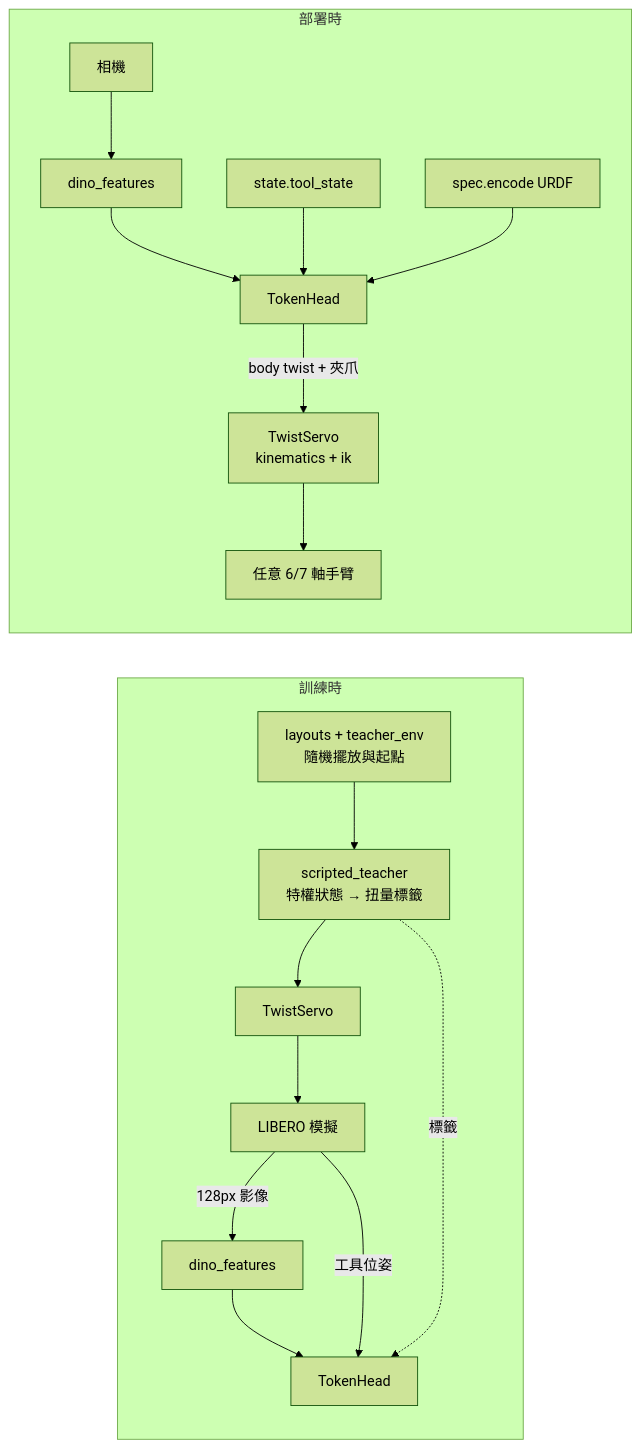
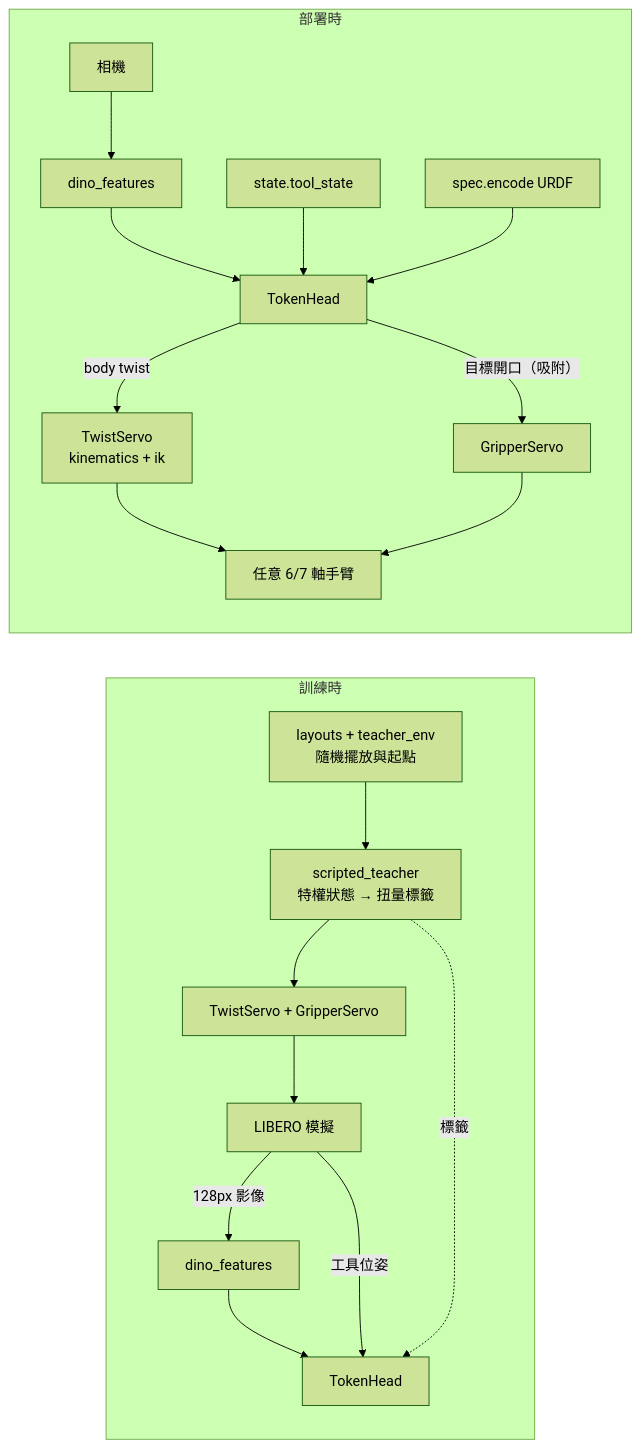
Before and after one commit to davechendatascience/embodied-ai: the diagram in docs/screwhead_explained_zh-TW.md, drawn with Mermaid (forest theme). The commit also changed other lines of this file and 3 other files, not shown here.

````diff
--- a/docs/screwhead_explained_zh-TW.md
+++ b/docs/screwhead_explained_zh-TW.md
@@ -151,18 +152,20 @@
 ```mermaid
 flowchart LR
   subgraph 訓練時
     R[layouts + teacher_env<br/>隨機擺放與起點] --> T[scripted_teacher<br/>特權狀態 → 扭量標籤]
-    T --> SV1[TwistServo] --> SIM1[LIBERO 模擬]
+    T --> SV1[TwistServo + GripperServo] --> SIM1[LIBERO 模擬]
     SIM1 -->|128px 影像| D[dino_features]
     D --> H[TokenHead]
     SIM1 -->|工具位姿| H
     T -.標籤.-> H
   end
   subgraph 部署時
     CAM[相機] --> D2[dino_features] --> H2[TokenHead]
     ST[state.tool_state] --> H2
     SP[spec.encode URDF] --> H2
-    H2 -->|body twist + 夾爪| SV2[TwistServo<br/>kinematics + ik]
+    H2 -->|body twist| SV2[TwistServo<br/>kinematics + ik]
+    H2 -->|目標開口（吸附）| GS[GripperServo]
     SV2 --> ARM[任意 6/7 軸手臂]
+    GS --> ARM
   end
 ```
````
